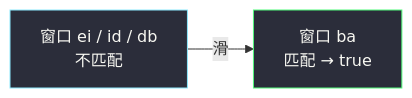
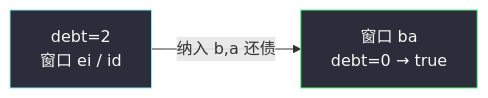
One commit to socoo123/algorithm_pratices_web changed the second of 2 diagrams in solutions/base/permutation-in-string.md. Above: the diagram before and after it, drawn with Mermaid. The commit also changed other lines of this file and 14 other files, not shown here.

````diff
--- a/solutions/base/permutation-in-string.md
+++ b/solutions/base/permutation-in-string.md
@@ -241,7 +264,7 @@
 ```mermaid
 flowchart LR
-    S0["窗口 ei / id / db<br/>不匹配"] -->|"滑"| S1["窗口 ba<br/>匹配 → true"]
+    S0["debt=2<br/>窗口 ei / id"] -->|"纳入 b,a 还债"| S1["窗口 ba<br/>debt=0 → true"]
 
     style S0 fill:#2b2d3a,stroke:#8be9fd,color:#f8f8f2
     style S1 fill:#2b2d3a,stroke:#50fa7b,color:#f8f8f2
 ```
````
